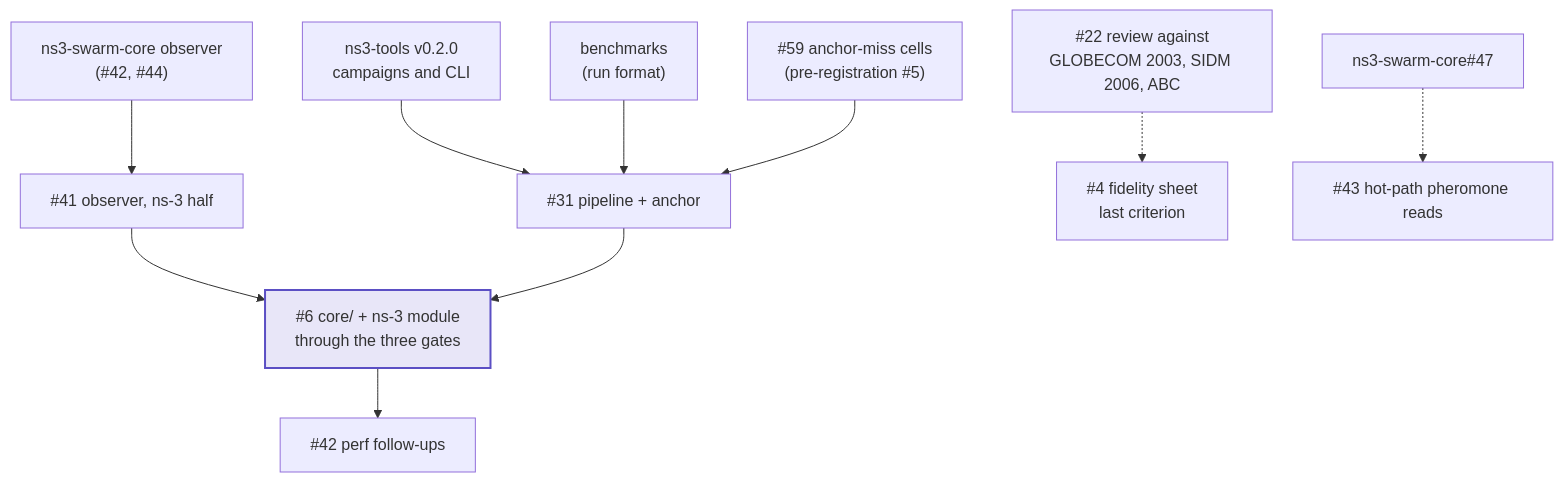
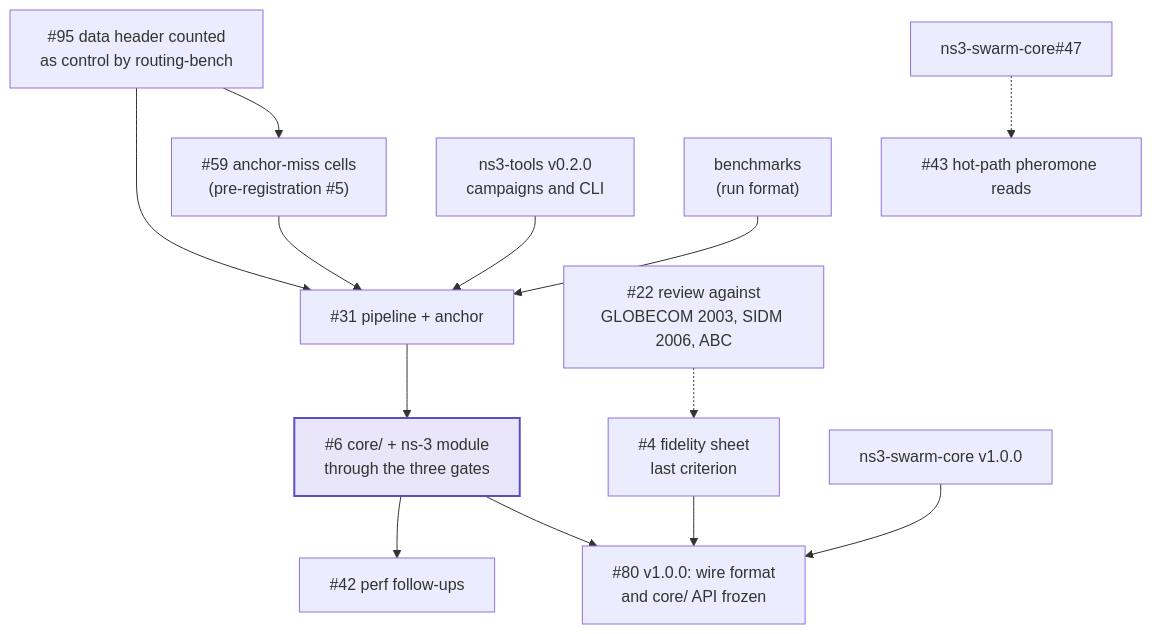
Before and after one commit to swarm-routing/Termite: the second of 2 diagrams in docs/roadmap.md, drawn with Mermaid. The commit also changed other lines of this file and 8 other files, not shown here.

First line of the commit message:
docs: bring context, roadmap, observer page and stale comments in line with main

````diff
--- a/docs/roadmap.md
+++ b/docs/roadmap.md
@@ -52,28 +52,32 @@
 ```mermaid
 flowchart TB
-    I41["#41 observer, ns-3 half"]
+    I95["#95 data header counted<br/>as control by routing-bench"]
     I59["#59 anchor-miss cells<br/>(pre-registration #5)"]
     I6["#6 core/ + ns-3 module<br/>through the three gates"]
     I31["#31 pipeline + anchor"]
     I4["#4 fidelity sheet<br/>last criterion"]
     I22["#22 review against<br/>GLOBECOM 2003, SIDM 2006, ABC"]
     I42["#42 perf follow-ups"]
     I43["#43 hot-path pheromone reads"]
+    I80["#80 v1.0.0: wire format<br/>and core/ API frozen"]
 
     SC47["ns3-swarm-core#47"]
     NT["ns3-tools v0.2.0<br/>campaigns and CLI"]
-    SCO["ns3-swarm-core observer<br/>(#42, #44)"]
+    SC10["ns3-swarm-core v1.0.0"]
     BM["benchmarks<br/>(run format)"]
 
-    SCO --> I41
+    I95 --> I31
+    I95 --> I59
     NT --> I31
     BM --> I31
     I59 --> I31
-    I41 --> I6
     I31 --> I6
     I6 --> I42
     SC47 -.-> I43
     I22 -.-> I4
+    I6 --> I80
+    I4 --> I80
+    SC10 --> I80
 
     style I6 fill:#e8e6f8,stroke:#5b4fc4,stroke-width:2px
 ```
````
